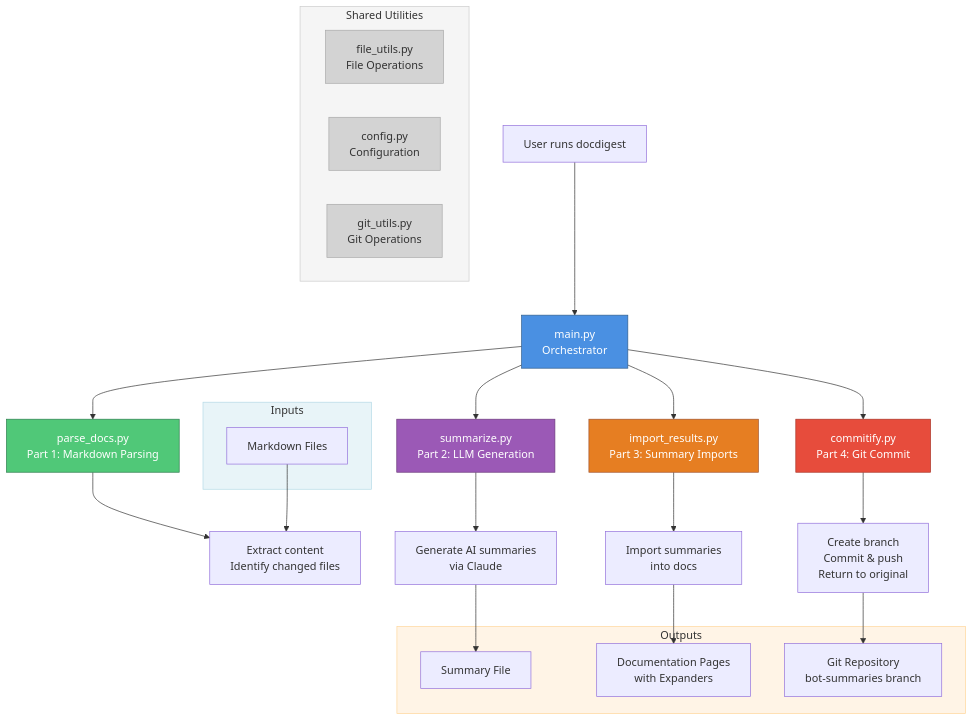
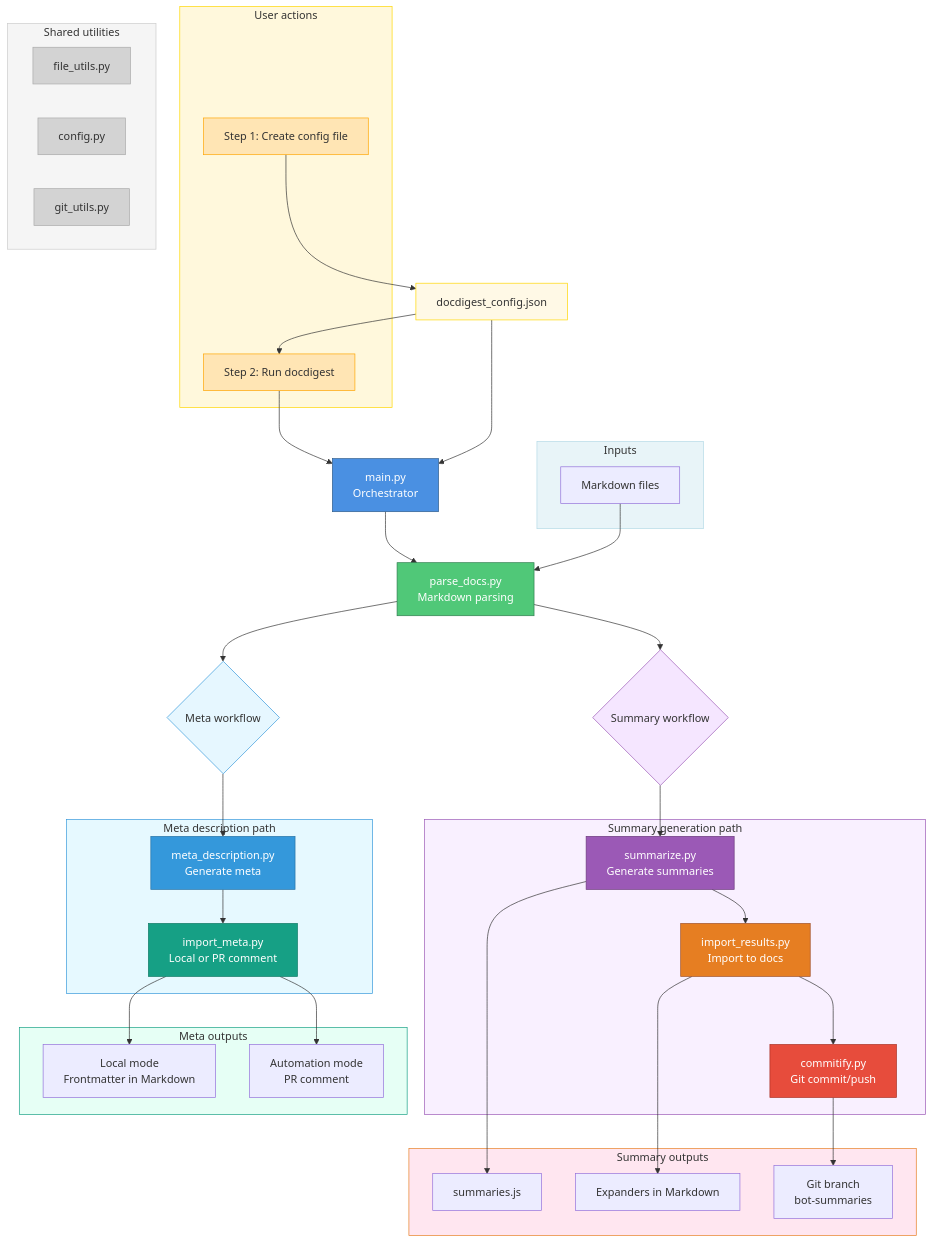
The diagram in design/index.md (vtlim/docdigest), drawn with Mermaid before and after one commit. The commit also changed 1 other file, not shown here.

Commit message:
update diagram with new modules

````diff
--- a/design/index.md
+++ b/design/index.md
@@ -30,47 +30,86 @@
 ```mermaid
 graph TD
-    A[User runs docdigest] --> B[main.py<br/>Orchestrator]
+    subgraph User["User actions"]
+        U1[Step 1: Create config file]
+        U2[Step 2: Run docdigest]
+    end
     
-    B --> C[parse_docs.py<br/>Part 1: Markdown Parsing]
-    B --> D[summarize.py<br/>Part 2: LLM Generation]
-    B --> E[import_results.py<br/>Part 3: Summary Imports]
-    B --> F[commitify.py<br/>Part 4: Git Commit]
+    U1 --> CONFIG[docdigest_config.json]
+    CONFIG --> U2
+    U2 --> MAIN[main.py<br/>Orchestrator]
+    CONFIG --> MAIN
     
-    subgraph Utilities["Shared Utilities"]
-        G[file_utils.py<br/>File Operations]
-        H[config.py<br/>Configuration]
-        I[git_utils.py<br/>Git Operations]
+    MAIN --> P1[parse_docs.py<br/>Markdown parsing]
+    
+    P1 --> SUMMARY_PATH{Summary workflow}
+    P1 --> META_PATH{Meta workflow}
+    
+    subgraph SummaryFlow["Summary generation path"]
+        P2[summarize.py<br/>Generate summaries]
+        P3[import_results.py<br/>Import to docs]
+        P4[commitify.py<br/>Git commit/push]
+    end
+    
+    subgraph MetaFlow["Meta description path"]
+        P5[meta_description.py<br/>Generate meta]
+        P6[import_meta.py<br/>Local or PR comment]
+    end
+    
+    SUMMARY_PATH --> P2
+    P2 --> P3
+    P3 --> P4
+    
+    META_PATH --> P5
+    P5 --> P6
+    
+    subgraph Utilities["Shared utilities"]
+        UT1[file_utils.py]
+        UT2[config.py]
+        UT3[git_utils.py]
     end
     
     subgraph Inputs["Inputs"]
-        R[Markdown Files]
+        IN1[Markdown files]
     end
     
-    subgraph Outputs["Outputs"]
-        S[Summary File]
-        T[Documentation Pages<br/>with Expanders]
-        U[Git Repository<br/>bot-summaries branch]
+    subgraph SummaryOutputs["Summary outputs"]
+        OUT1[summaries.js]
+        OUT2[Expanders in Markdown]
+        OUT3[Git branch<br/>bot-summaries]
     end
     
-    C --> J[Extract content<br/>Identify changed files]
-    D --> K[Generate AI summaries<br/>via Claude]
-    E --> L[Import summaries<br/>into docs]
-    F --> M[Create branch<br/>Commit & push<br/>Return to original]
+    subgraph MetaOutputs["Meta outputs"]
+        OUT4[Local mode<br/>Frontmatter in Markdown]
+        OUT5[Automation mode<br/>PR comment]
+    end
     
-    R --> J
-    K --> S
-    L --> T
-    M --> U
+    IN1 --> P1
+    P2 --> OUT1
+    P3 --> OUT2
+    P4 --> OUT3
+    P6 --> OUT4
+    P6 --> OUT5
     
-    style B fill:#4A90E2,stroke:#2E5C8A,color:#fff
-    style C fill:#50C878,stroke:#2E7D4E,color:#fff
-    style D fill:#9B59B6,stroke:#6C3A7C,color:#fff
-    style E fill:#E67E22,stroke:#A0522D,color:#fff
-    style F fill:#E74C3C,stroke:#A93226,color:#fff
-    style G fill:#D3D3D3,stroke:#A9A9A9,color:#333
-    style H fill:#D3D3D3,stroke:#A9A9A9,color:#333
-    style I fill:#D3D3D3,stroke:#A9A9A9,color:#333
+    style U1 fill:#FFE5B4,stroke:#FFA500,color:#333
+    style U2 fill:#FFE5B4,stroke:#FFA500,color:#333
+    style CONFIG fill:#FFF9E6,stroke:#FFD700,color:#333
+    style MAIN fill:#4A90E2,stroke:#2E5C8A,color:#fff
+    style P1 fill:#50C878,stroke:#2E7D4E,color:#fff
+    style P2 fill:#9B59B6,stroke:#6C3A7C,color:#fff
+    style P3 fill:#E67E22,stroke:#A0522D,color:#fff
+    style P4 fill:#E74C3C,stroke:#A93226,color:#fff
+    style P5 fill:#3498DB,stroke:#2874A6,color:#fff
+    style P6 fill:#16A085,stroke:#117A65,color:#fff
+    style SUMMARY_PATH fill:#F5E6FF,stroke:#9B59B6,color:#333
+    style META_PATH fill:#E6F7FF,stroke:#3498DB,color:#333
+    style UT1 fill:#D3D3D3,stroke:#A9A9A9,color:#333
+    style UT2 fill:#D3D3D3,stroke:#A9A9A9,color:#333
+    style UT3 fill:#D3D3D3,stroke:#A9A9A9,color:#333
+    style User fill:#FFF8DC,stroke:#FFD700
+    style SummaryFlow fill:#F9F0FF,stroke:#9B59B6
+    style MetaFlow fill:#E6F9FF,stroke:#3498DB
     style Utilities fill:#F5F5F5,stroke:#CCCCCC
     style Inputs fill:#E8F4F8,stroke:#B3D9E6
-    style Outputs fill:#FFF4E6,stroke:#FFD699
+    style SummaryOutputs fill:#FFE6F0,stroke:#E67E22
+    style MetaOutputs fill:#E6FFF5,stroke:#16A085
 ```
````
